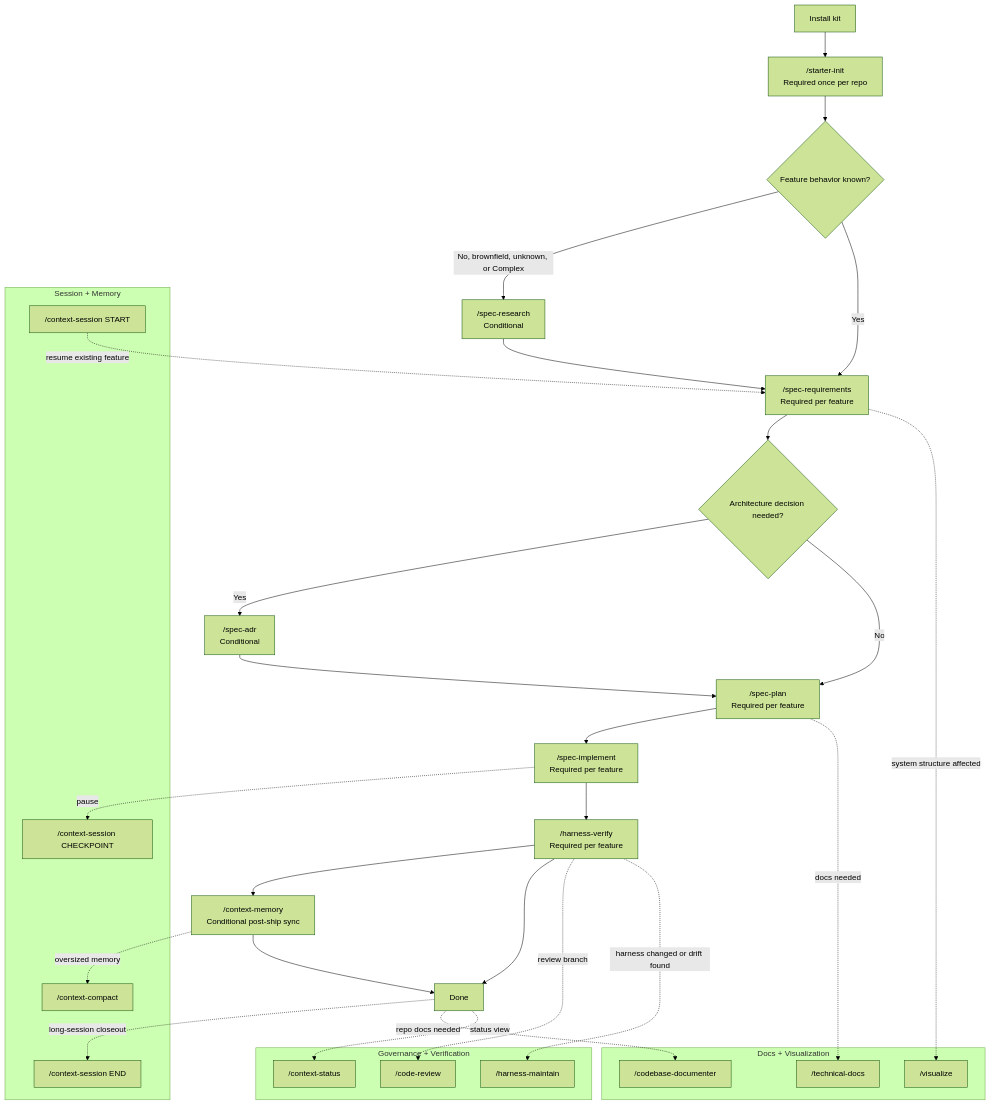
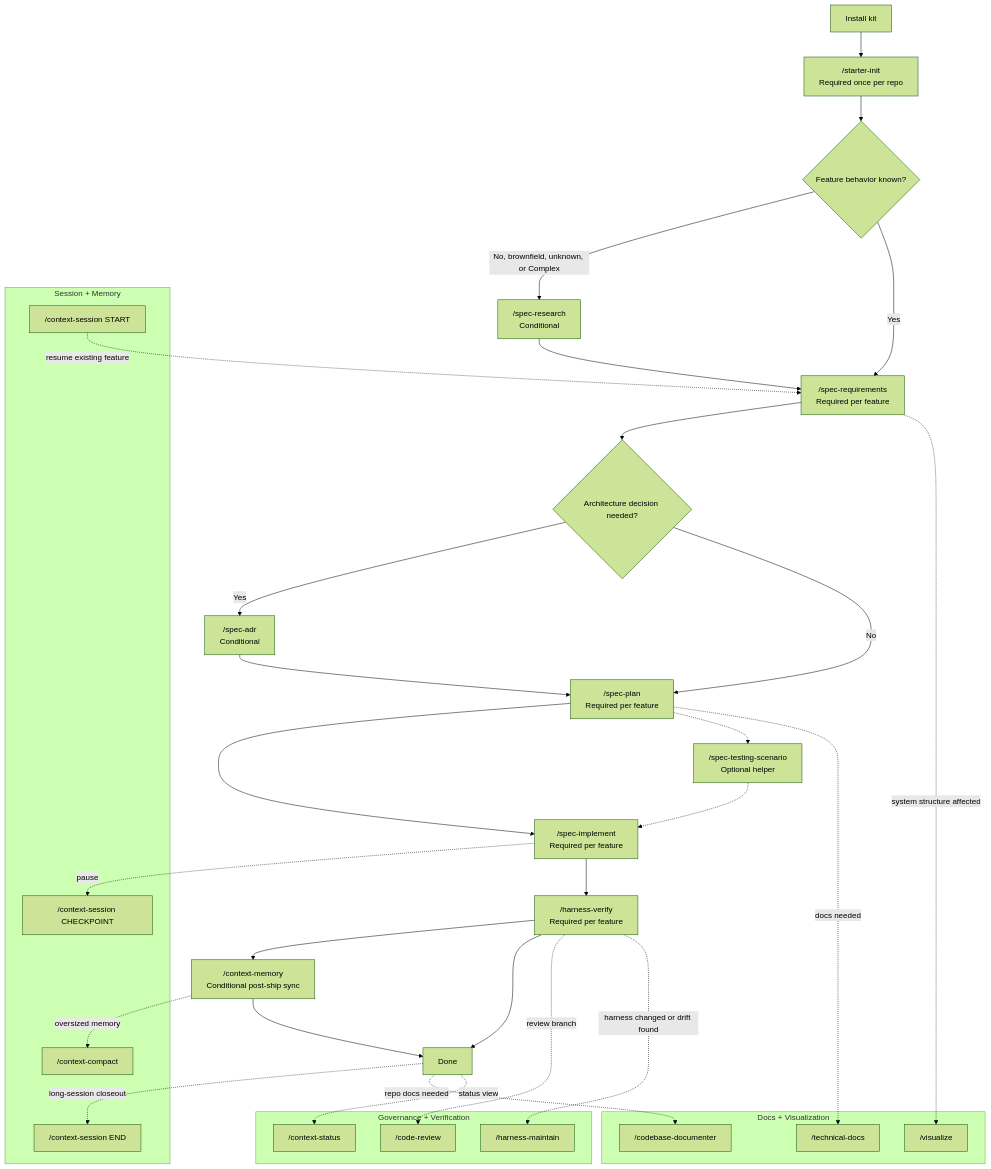
The diagram in documents/end-to-end-tutorial.md (thaihai-swe/CoreZero-Nexus), drawn with Mermaid (forest theme) before and after one commit. The commit also changed other lines of this file and 48 other files, not shown here.

````diff
--- a/documents/end-to-end-tutorial.md
+++ b/documents/end-to-end-tutorial.md
@@ -23,50 +23,52 @@
 ```mermaid
 flowchart TD
     Install[Install kit] --> Starter["/starter-init<br/>Required once per repo"]
 
     Starter --> Intake{"Feature behavior known?"}
     Intake -->|"No, brownfield, unknown, or Complex"| Research["/spec-research<br/>Conditional"]
     Intake -->|"Yes"| Requirements["/spec-requirements<br/>Required per feature"]
     Research --> Requirements
 
     Requirements --> ADR{"Architecture decision needed?"}
     ADR -->|"Yes"| SpecADR["/spec-adr<br/>Conditional"]
     ADR -->|"No"| Plan["/spec-plan<br/>Required per feature"]
     SpecADR --> Plan
 
     Plan --> Implement["/spec-implement<br/>Required per feature"]
+    Plan -.-> Test["/spec-testing-scenario<br/>Optional helper"]
+    Test -.-> Implement
     Implement --> Verify["/harness-verify<br/>Required per feature"]
     Verify --> Memory["/context-memory<br/>Conditional post-ship sync"]
     Verify --> Done[Done]
     Memory --> Done
 
     subgraph SessionMemory["Session + Memory"]
         SessionStart["/context-session START"]
         SessionCheckpoint["/context-session CHECKPOINT"]
         SessionEnd["/context-session END"]
         Compact["/context-compact"]
     end
 
     subgraph Governance["Governance + Verification"]
         Status["/context-status"]
         Maintain["/harness-maintain"]
         Review["/code-review"]
     end
 
     subgraph DocsViz["Docs + Visualization"]
         TechDocs["/technical-docs"]
         CodebaseDocs["/codebase-documenter"]
         Visualize["/visualize"]
     end
 
     SessionStart -. "resume existing feature" .-> Requirements
     Implement -. "pause" .-> SessionCheckpoint
     Done -. "long-session closeout" .-> SessionEnd
     Verify -. "review branch" .-> Review
     Requirements -. "system structure affected" .-> Visualize
     Plan -. "docs needed" .-> TechDocs
     Done -. "repo docs needed" .-> CodebaseDocs
     Done -. "status view" .-> Status
     Verify -. "harness changed or drift found" .-> Maintain
     Memory -. "oversized memory" .-> Compact
 ```
````
